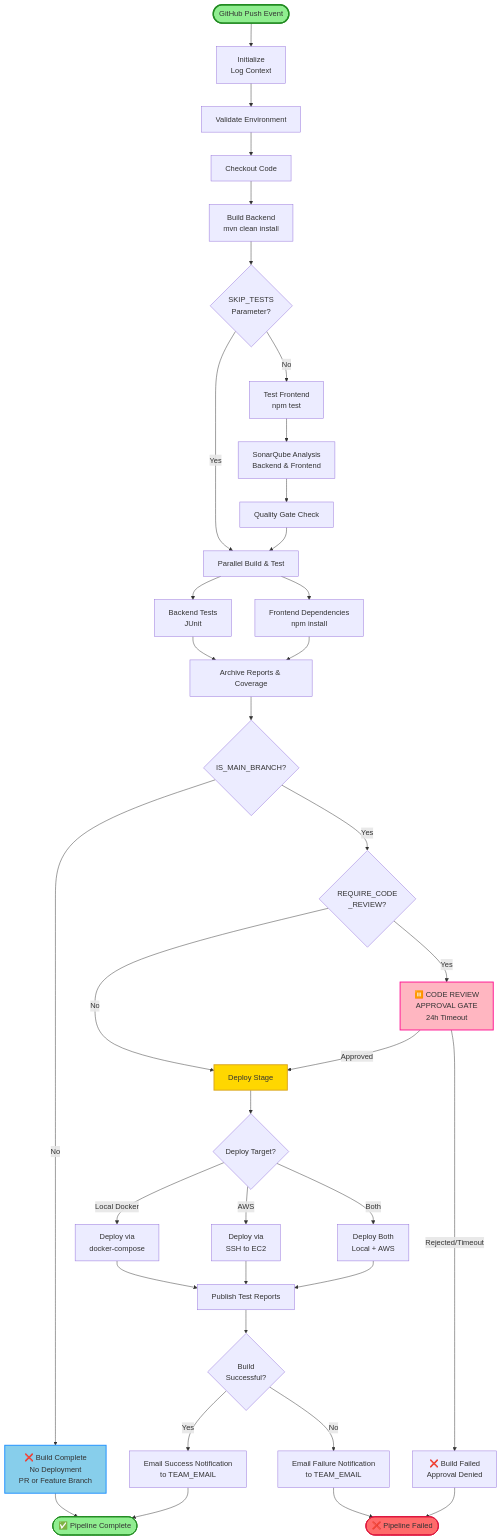
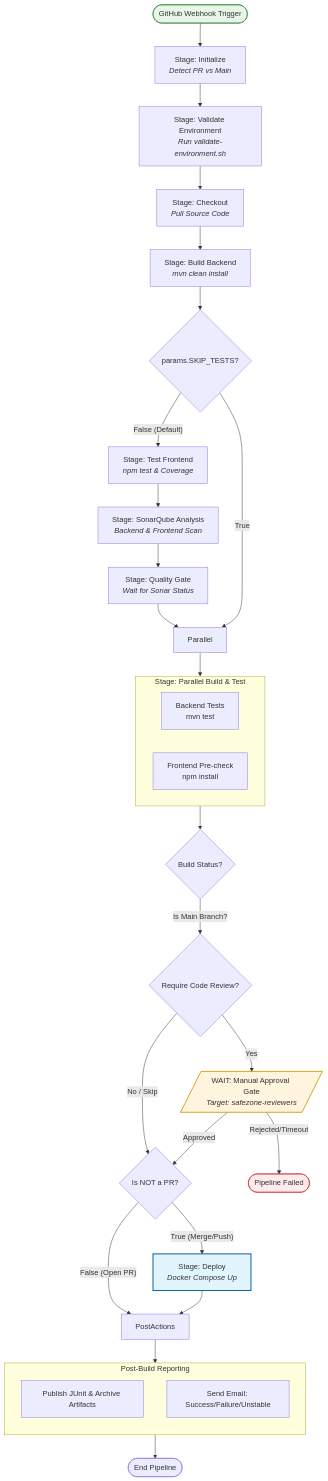
The diagram in JENKINSFILE_WORKFLOW_DIAGRAM.md (oafilali/SafeZone), drawn with Mermaid before and after one commit. The commit also changed other lines of this file and 5 other files, not shown here.

Commit message:
ci: Skip tests during initial Jenkins build and configure test environment properties.

````diff
--- a/JENKINSFILE_WORKFLOW_DIAGRAM.md
+++ b/JENKINSFILE_WORKFLOW_DIAGRAM.md
@@ -3,61 +1,61 @@
 ```mermaid
-flowchart TD
-    Start([GitHub Push Event]) --> Init["Initialize<br/>Log Context"]
-    
-    Init --> Validate["Validate Environment"]
-    Validate --> Checkout["Checkout Code"]
-    Checkout --> BuildBE["Build Backend<br/>mvn clean install"]
-    
-    BuildBE --> SkipTests{SKIP_TESTS<br/>Parameter?}
-    
-    SkipTests -->|Yes| Parallel["Parallel Build & Test"]
-    SkipTests -->|No| TestFE["Test Frontend<br/>npm test"]
-    
-    TestFE --> Sonar["SonarQube Analysis<br/>Backend & Frontend"]
-    Sonar --> QG["Quality Gate Check"]
-    QG --> Parallel
-    
-    Parallel --> BETests["Backend Tests<br/>JUnit"]
-    Parallel --> FEDeps["Frontend Dependencies<br/>npm install"]
-    
-    BETests --> PostBuild["Archive Reports & Coverage"]
-    FEDeps --> PostBuild
-    
-    PostBuild --> IsMain{IS_MAIN_BRANCH?}
-    
-    IsMain -->|No| EndNoDeploy["❌ Build Complete<br/>No Deployment<br/>PR or Feature Branch"]
-    IsMain -->|Yes| CheckReview{REQUIRE_CODE<br/>_REVIEW?}
-    
-    CheckReview -->|No| Deploy["Deploy Stage"]
-    CheckReview -->|Yes| ApprovalGate["⏸️ CODE REVIEW<br/>APPROVAL GATE<br/>24h Timeout"]
-    
-    ApprovalGate -->|Approved| Deploy
-    ApprovalGate -->|Rejected/Timeout| FailBuild["❌ Build Failed<br/>Approval Denied"]
-    
-    Deploy --> DeployTarget{Deploy Target?}
-    
-    DeployTarget -->|Local Docker| LocalDeploy["Deploy via<br/>docker-compose"]
-    DeployTarget -->|AWS| AWSdeploy["Deploy via<br/>SSH to EC2"]
-    DeployTarget -->|Both| BothDeploy["Deploy Both<br/>Local + AWS"]
-    
-    LocalDeploy --> PostActions["Publish Test Reports"]
-    AWSdeploy --> PostActions
-    BothDeploy --> PostActions
-    
-    PostActions --> Success{Build<br/>Successful?}
-    
-    Success -->|Yes| EmailSuccess["Email Success Notification<br/>to TEAM_EMAIL"]
-    Success -->|No| EmailFail["Email Failure Notification<br/>to TEAM_EMAIL"]
-    
-    EmailSuccess --> EndSuccess(["✅ Pipeline Complete"])
-    EmailFail --> EndFail(["❌ Pipeline Failed"])
-    FailBuild --> EndFail
-    EndNoDeploy --> EndSuccess
-    
-    style Start fill:#90EE90,stroke:#228B22,stroke-width:3px
-    style EndSuccess fill:#90EE90,stroke:#228B22,stroke-width:2px
-    style EndFail fill:#FF6B6B,stroke:#DC143C,stroke-width:2px
-    style ApprovalGate fill:#FFB6C1,stroke:#FF1493,stroke-width:2px
-    style Deploy fill:#FFD700,stroke:#DAA520,stroke-width:2px
-    style EndNoDeploy fill:#87CEEB,stroke:#1E90FF,stroke-width:2px
+graph TD
+    %% Entry and Initialization
+    Start([GitHub Webhook Trigger]) --> Init[Stage: Initialize<br/><i>Detect PR vs Main</i>]
+    Init --> ValEnv[Stage: Validate Environment<br/><i>Run validate-environment.sh</i>]
+    ValEnv --> Checkout[Stage: Checkout<br/><i>Pull Source Code</i>]
+
+    %% Build and Analysis
+    Checkout --> BuildBack[Stage: Build Backend<br/><i>mvn clean install</i>]
+
+    BuildBack --> SkipTestCheck{params.SKIP_TESTS?}
+
+    SkipTestCheck -- "False (Default)" --> TestFront[Stage: Test Frontend<br/><i>npm test & Coverage</i>]
+    TestFront --> Sonar[Stage: SonarQube Analysis<br/><i>Backend & Frontend Scan</i>]
+    Sonar --> QGate[Stage: Quality Gate<br/><i>Wait for Sonar Status</i>]
+    QGate --> Parallel
+
+    SkipTestCheck -- "True" --> Parallel
+
+    %% Parallel Execution
+    subgraph ParallelBuild [Stage: Parallel Build & Test]
+        direction LR
+        JUnit[Backend Tests<br/>mvn test]
+        npmInst[Frontend Pre-check<br/>npm install]
+    end
+
+    Parallel --> ParallelBuild
+    ParallelBuild --> PostParallel{Build Status?}
+
+    %% Post-Merge / Deployment Logic
+    PostParallel -- "Is Main Branch?" --> ApprovalGate{Require Code Review?}
+
+    ApprovalGate -- "Yes" --> ManualInput[/WAIT: Manual Approval Gate<br/><i>Target: safezone-reviewers</i>/]
+    ApprovalGate -- "No / Skip" --> DeployCheck
+
+    ManualInput -- "Approved" --> DeployCheck
+    ManualInput -- "Rejected/Timeout" --> Failure([Pipeline Failed])
+
+    %% Deployment Stage
+    DeployCheck{Is NOT a PR?}
+    DeployCheck -- "True (Merge/Push)" --> Deploy[Stage: Deploy<br/><i>Docker Compose Up</i>]
+    DeployCheck -- "False (Open PR)" --> PostActions
+
+    Deploy --> PostActions
+
+    %% Global Post Actions
+    subgraph PostStages [Post-Build Reporting]
+        direction TB
+        Results[Publish JUnit & Archive Artifacts]
+        Notify[Send Email: Success/Failure/Unstable]
+    end
+
+    PostActions --> PostStages
+    PostStages --> End([End Pipeline])
+
+    %% Styling
+    style ManualInput fill:#fff4dd,stroke:#d4a017,stroke-width:2px
+    style Deploy fill:#e1f5fe,stroke:#01579b,stroke-width:2px
+    style Failure fill:#ffebee,stroke:#c62828
+    style Start fill:#e8f5e9,stroke:#2e7d32
 ```
````
